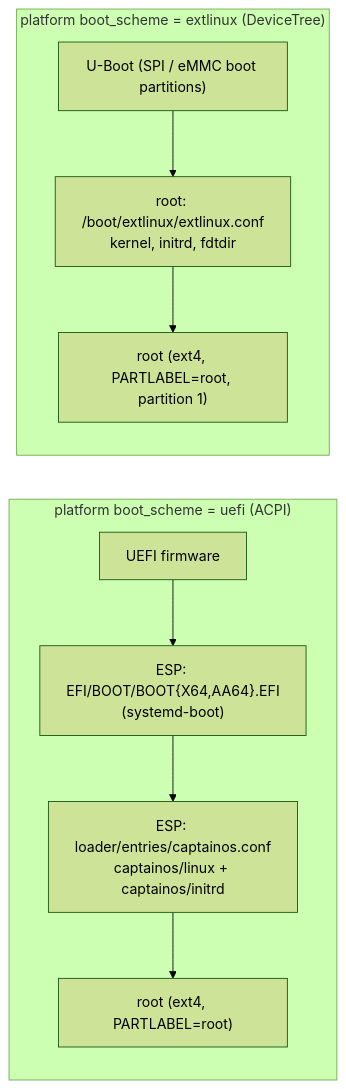
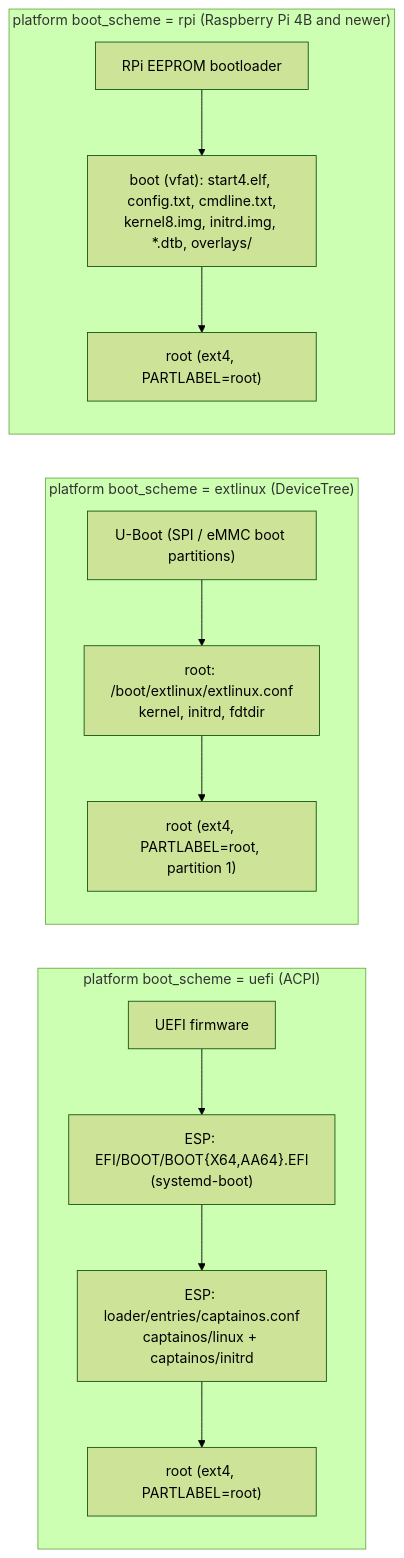
Before and after one commit to rpardini/captain: the eighth of 9 diagrams in docs/design-decisions/flavor-traits.md, drawn with Mermaid (forest theme). The commit also changed other lines of this file and 4 other files, not shown here.

````diff
--- a/docs/design-decisions/flavor-traits.md
+++ b/docs/design-decisions/flavor-traits.md
@@ -239,14 +262,19 @@
 ```mermaid
 flowchart LR
     subgraph uefi["platform boot_scheme = uefi (ACPI)"]
         direction TB
         fw1[UEFI firmware] --> sdb["ESP: EFI/BOOT/BOOT{X64,AA64}.EFI<br/>(systemd-boot)"]
         sdb --> bls["ESP: loader/entries/captainos.conf<br/>captainos/linux + captainos/initrd"]
         bls --> root1["root (ext4, PARTLABEL=root)"]
     end
     subgraph extl["platform boot_scheme = extlinux (DeviceTree)"]
         direction TB
         ub["U-Boot (SPI / eMMC boot partitions)"] --> ext["root: /boot/extlinux/extlinux.conf<br/>kernel, initrd, fdtdir"]
         ext --> root2["root (ext4, PARTLABEL=root, partition 1)"]
     end
+    subgraph rpi["platform boot_scheme = rpi (Raspberry Pi 4B and newer)"]
+        direction TB
+        eep["RPi EEPROM bootloader"] --> fat["boot (vfat): start4.elf, config.txt, cmdline.txt,<br/>kernel8.img, initrd.img, *.dtb, overlays/"]
+        fat --> root3["root (ext4, PARTLABEL=root)"]
+    end
 ```
````
